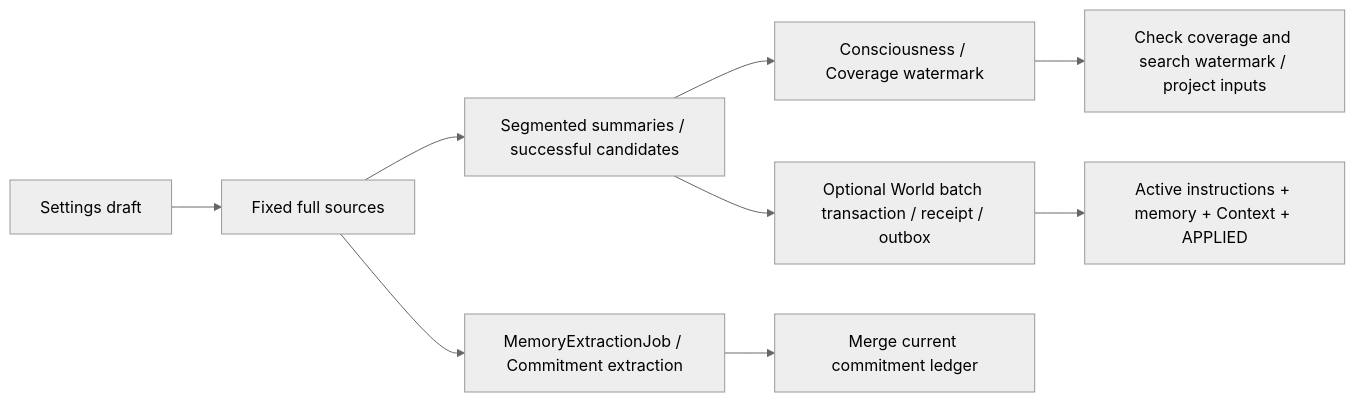
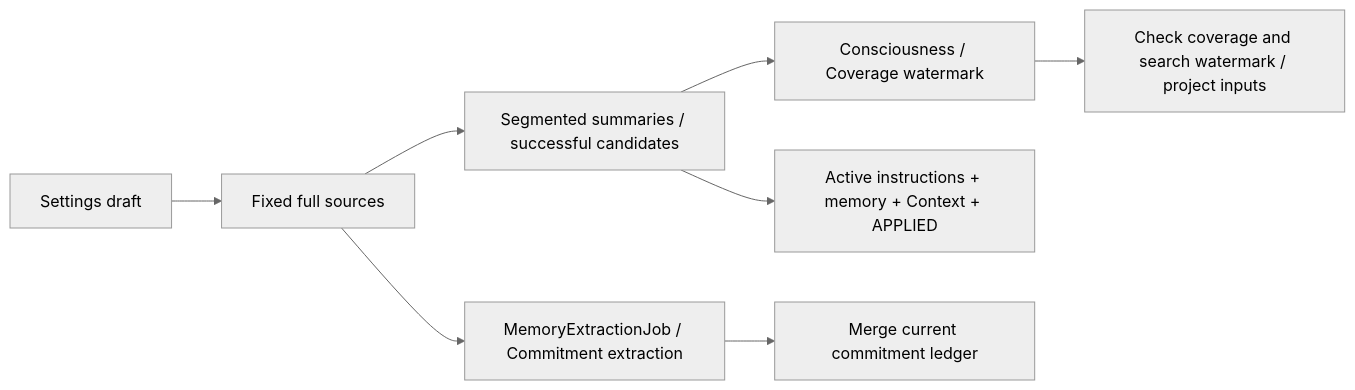
The third of 4 diagrams in docs/en/data-flow.md (ExplodeCode6324/Secretary), drawn with Mermaid (neutral theme) before and after one commit. The commit also changed other lines of this file and 140 other files, not shown here.

First line of the commit message:
fix(world): journal-backed memory, exact batch approval and bounded recall (#115)

````diff
--- a/docs/en/data-flow.md
+++ b/docs/en/data-flow.md
@@ -53,11 +53,10 @@
 ```mermaid
 flowchart LR
   Source[Fixed full sources] --> Summary[Segmented summaries / successful candidates]
   Summary --> Memory[Consciousness / Coverage watermark]
   Source --> Extract[MemoryExtractionJob / Commitment extraction]
   Extract --> Ledger[Merge current commitment ledger]
   Memory --> Projection[Check coverage and search watermark / project inputs]
   Draft[Settings draft] --> Source
-  Summary --> World[Optional World batch transaction / receipt / outbox]
-  World --> Applied[Active instructions + memory + Context + APPLIED]
+  Summary --> Applied[Active instructions + memory + Context + APPLIED]
 ```
````
